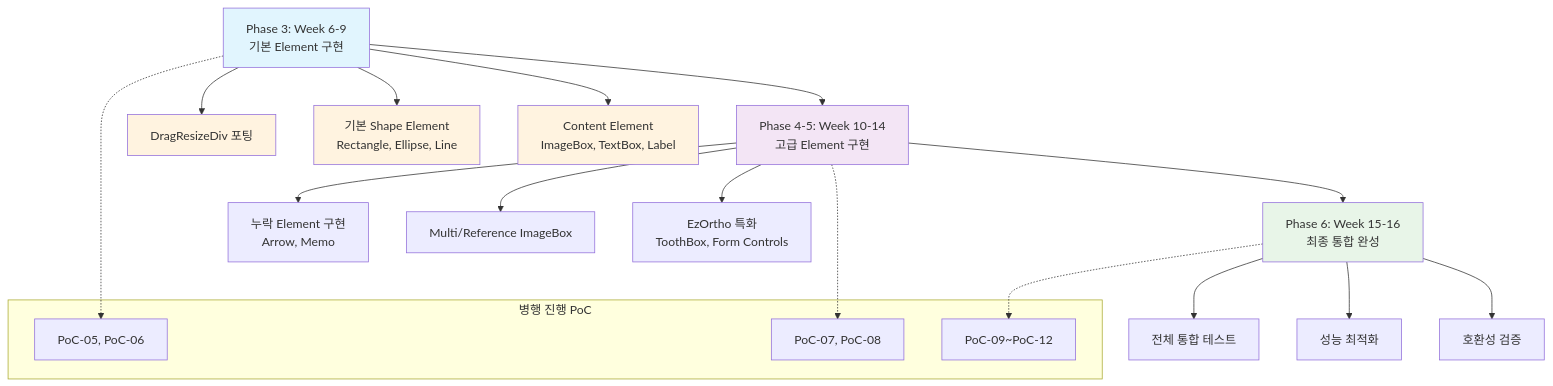
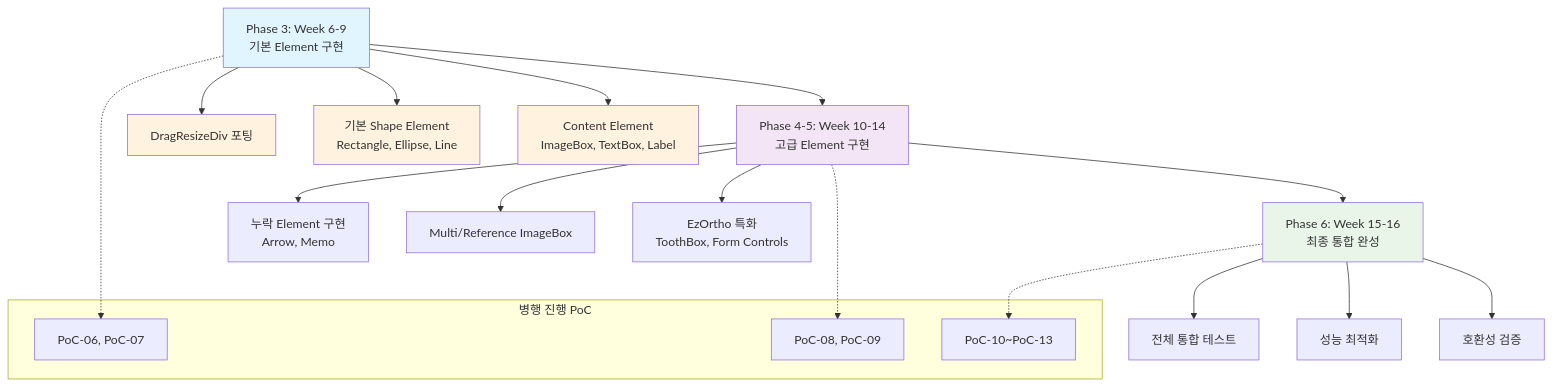
The second of 2 diagrams in docs/SCP Cloud Server 연구/리포트 연구/SCP Cloud Report PoC 설계.md (gracegyu/scp-architecture), drawn with Mermaid before and after one commit. The commit also changed other lines of this file and 16 other files, not shown here.

````diff
--- a/docs/SCP Cloud Server 연구/리포트 연구/SCP Cloud Report PoC 설계.md
+++ b/docs/SCP Cloud Server 연구/리포트 연구/SCP Cloud Report PoC 설계.md
@@ -100,34 +102,34 @@
 ```mermaid
 flowchart TD
     A[Phase 3: Week 6-9<br/>기본 Element 구현] --> B[Phase 4-5: Week 10-14<br/>고급 Element 구현]
     B --> C[Phase 6: Week 15-16<br/>최종 통합 완성]
 
     A --> A1[DragResizeDiv 포팅]
     A --> A2[기본 Shape Element<br/>Rectangle, Ellipse, Line]
     A --> A3[Content Element<br/>ImageBox, TextBox, Label]
 
     B --> B1[누락 Element 구현<br/>Arrow, Memo]
     B --> B2[Multi/Reference ImageBox]
     B --> B3[EzOrtho 특화<br/>ToothBox, Form Controls]
 
     C --> C1[전체 통합 테스트]
     C --> C2[성능 최적화]
     C --> C3[호환성 검증]
 
     subgraph "병행 진행 PoC"
-        D1[PoC-05, PoC-06]
-        D2[PoC-07, PoC-08]
-        D3[PoC-09~PoC-12]
+        D1[PoC-06, PoC-07]
+        D2[PoC-08, PoC-09]
+        D3[PoC-10~PoC-13]
     end
 
     A -.-> D1
     B -.-> D2
     C -.-> D3
 
     style A fill:#e1f5fe
     style B fill:#f3e5f5
     style C fill:#e8f5e8
     style A1 fill:#fff3e0
     style A2 fill:#fff3e0
     style A3 fill:#fff3e0
 ```
````
